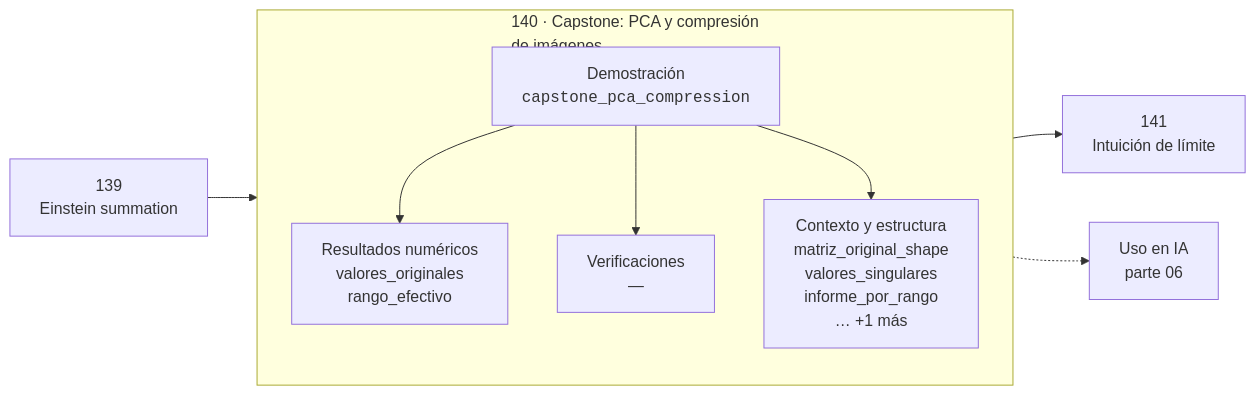
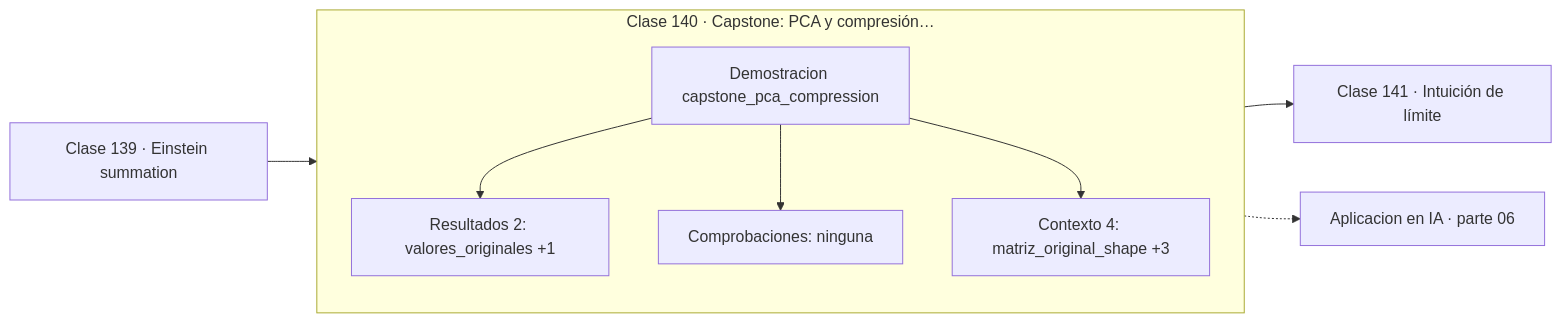
One commit to vladimiracunadev-create/computational-mathematics-program changed the diagram in classes/part-06-algebra-lineal-ii-descomposiciones-y-tensores/140-capstone-pca-y-compresion-de-imagenes/README.md. Above: the diagram before and after it, drawn with Mermaid. The commit also changed 389 other files, not shown here.

First line of the commit message:
fix(diagramas): elimina el HTML de las etiquetas Mermaid

````diff
--- a/classes/part-06-algebra-lineal-ii-descomposiciones-y-tensores/140-capstone-pca-y-compresion-de-imagenes/README.md
+++ b/classes/part-06-algebra-lineal-ii-descomposiciones-y-tensores/140-capstone-pca-y-compresion-de-imagenes/README.md
@@ -30,12 +30,13 @@
 ```mermaid
 flowchart LR
-    P["139<br/>Einstein summation"] --> C
-    subgraph C["140 · Capstone: PCA y compresión<br/>de imágenes"]
+    P["Clase 139 · Einstein summation"] --> D
+    subgraph CLASE["Clase 140 · Capstone: PCA y compresión…"]
         direction TB
-        D["Demostración<br/><code>capstone_pca_compression</code>"] --> R["Resultados numéricos<br/>valores_originales<br/>rango_efectivo"]
-        D --> V["Verificaciones<br/>—"]
-        D --> O["Contexto y estructura<br/>matriz_original_shape<br/>valores_singulares<br/>informe_por_rango<br/>… +1 más"]
+        D["Demostracion capstone_pca_compression"]
+        D --> R["Resultados 2: valores_originales +1"]
+        D --> V["Comprobaciones: ninguna"]
+        D --> O["Contexto 4: matriz_original_shape +3"]
     end
-    C --> N["141<br/>Intuición de límite"]
-    C -.-> IA["Uso en IA<br/>parte 06"]
+    R --> N["Clase 141 · Intuición de límite"]
+    V -.-> IA["Aplicacion en IA · parte 06"]
 ```
````
